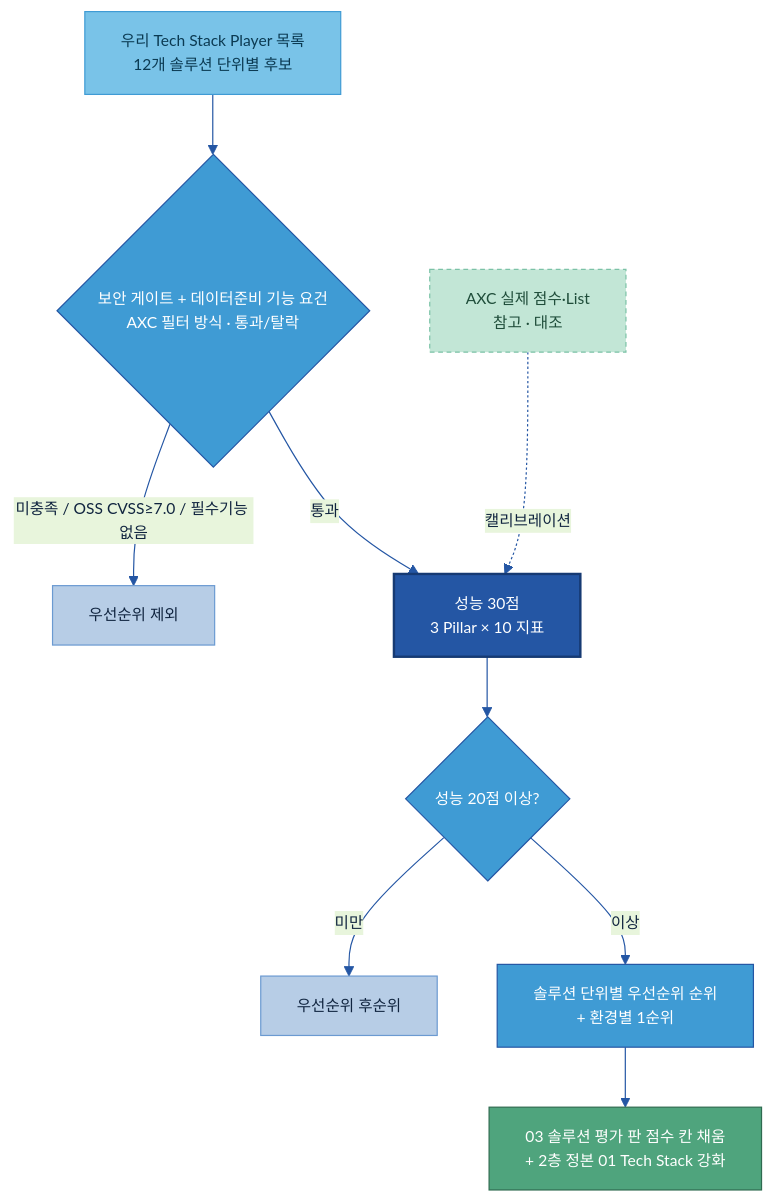
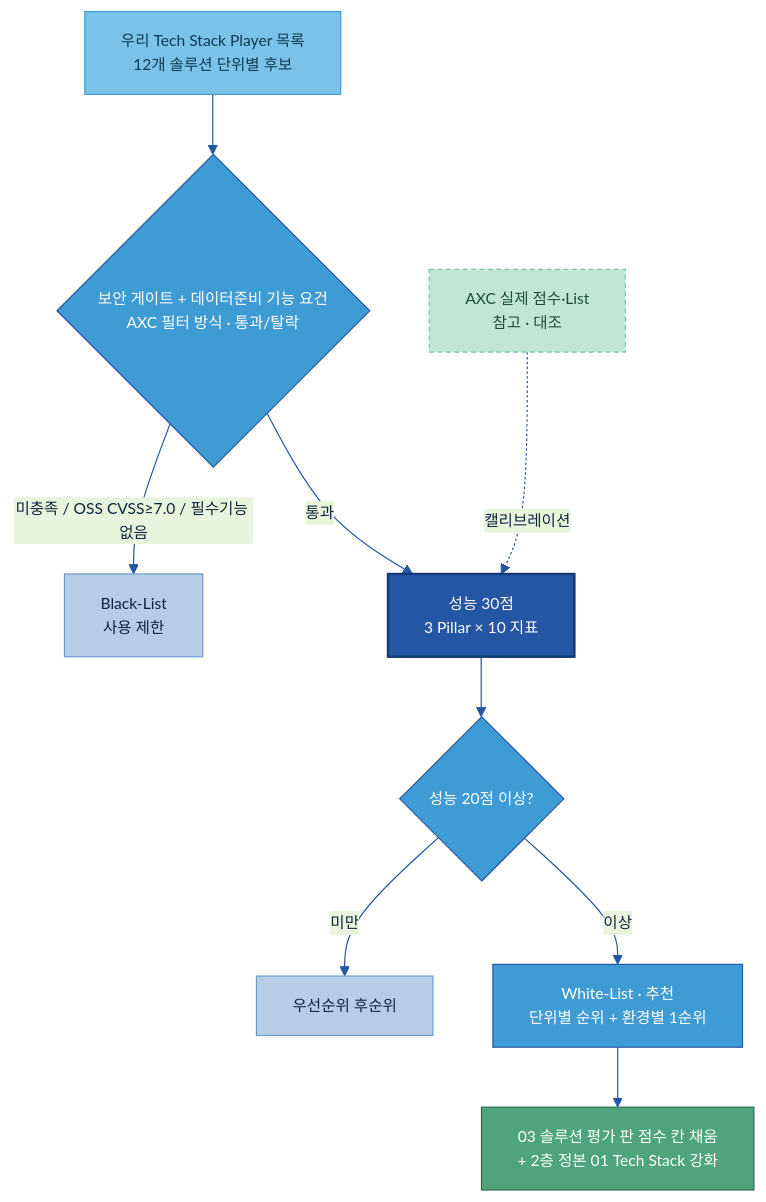
One commit to jin-kearney/ai-ready-data-manual changed the diagram in Tech Player/Tech 솔루션 평가 기획안 (AXC 방법론 준용).md. Above: the diagram before and after it, drawn with Mermaid. The commit also changed other lines of this file and 2 other files, not shown here.

First line of the commit message:
docs(Tech Player): 산출을 AXC 리스트 용어로 — 보안 탈락=Black-List, 20점 이상=White-List·추천

````diff
--- a/Tech Player/Tech 솔루션 평가 기획안 (AXC 방법론 준용).md
+++ b/Tech Player/Tech 솔루션 평가 기획안 (AXC 방법론 준용).md
@@ -58,21 +58,21 @@
 ```mermaid
 %%{init: {'theme':'base','themeVariables':{'primaryColor':'#DCE8F5','primaryBorderColor':'#2456A4','primaryTextColor':'#10243f','lineColor':'#2456A4','clusterBkg':'#EEF4FB','clusterBorder':'#6B9AD1','fontSize':'13px'}}}%%
 flowchart TB
     POOL[우리 Tech Stack Player 목록<br/>12개 솔루션 단위별 후보]:::src --> GATE{보안 게이트 + 데이터준비 기능 요건<br/>AXC 필터 방식 · 통과/탈락}:::gate
-    GATE -->|미충족 / OSS CVSS≥7.0 / 필수기능 없음| OUT[우선순위 제외]:::n
+    GATE -->|미충족 / OSS CVSS≥7.0 / 필수기능 없음| OUT[Black-List<br/>사용 제한]:::n
     GATE -->|통과| PERF[성능 30점<br/>3 Pillar × 10 지표]:::cat
 
     PERF --> CUT{성능 20점 이상?}:::gate
     CUT -->|미만| LOW[우선순위 후순위]:::n
-    CUT -->|이상| RANK[솔루션 단위별 우선순위 순위<br/>+ 환경별 1순위]:::gate
+    CUT -->|이상| RANK[White-List · 추천<br/>단위별 순위 + 환경별 1순위]:::gate
     RANK --> CANON[03 솔루션 평가 판 점수 칸 채움<br/>+ 2층 정본 01 Tech Stack 강화]:::loop
 
     AXC[AXC 실제 점수·List<br/>참고 · 대조]:::cross -.캘리브레이션.-> PERF
 
     classDef n fill:#B7CDE6,stroke:#6B9AD1,color:#10243f;
     classDef src fill:#79C3E8,stroke:#3F9BD4,color:#0b3a52;
     classDef cat fill:#2456A4,color:#fff,stroke:#163a73,stroke-width:2px;
     classDef gate fill:#3F9BD4,stroke:#2456A4,color:#fff;
     classDef loop fill:#4FA47D,stroke:#2f6b50,color:#fff;
     classDef cross fill:#C2E6D6,stroke:#7CC2A7,color:#1f4d3a,stroke-dasharray:4 3;
 ```
````
